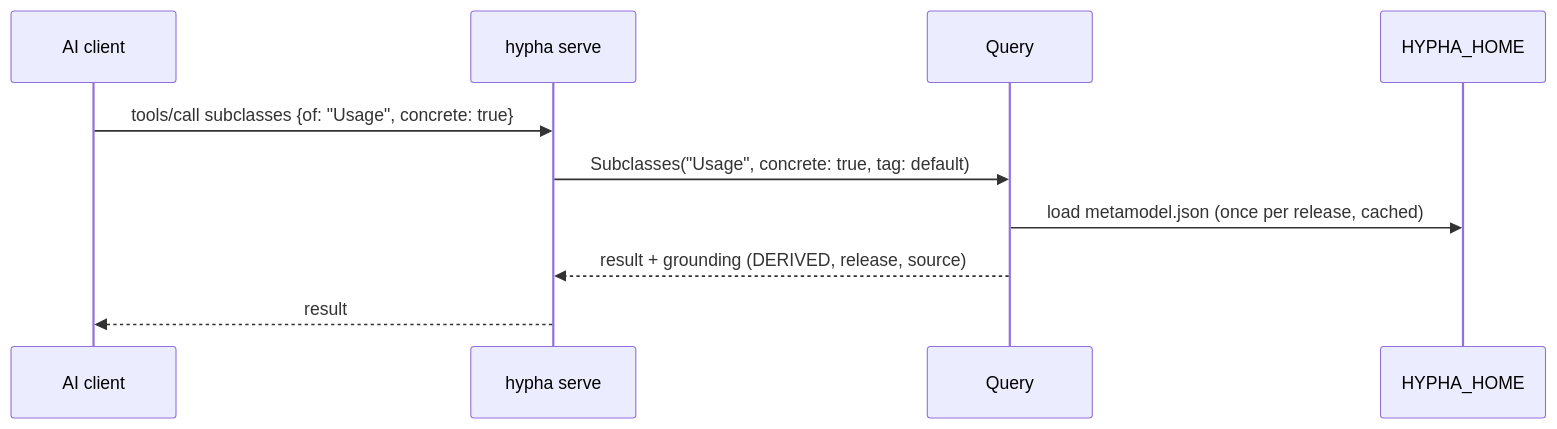
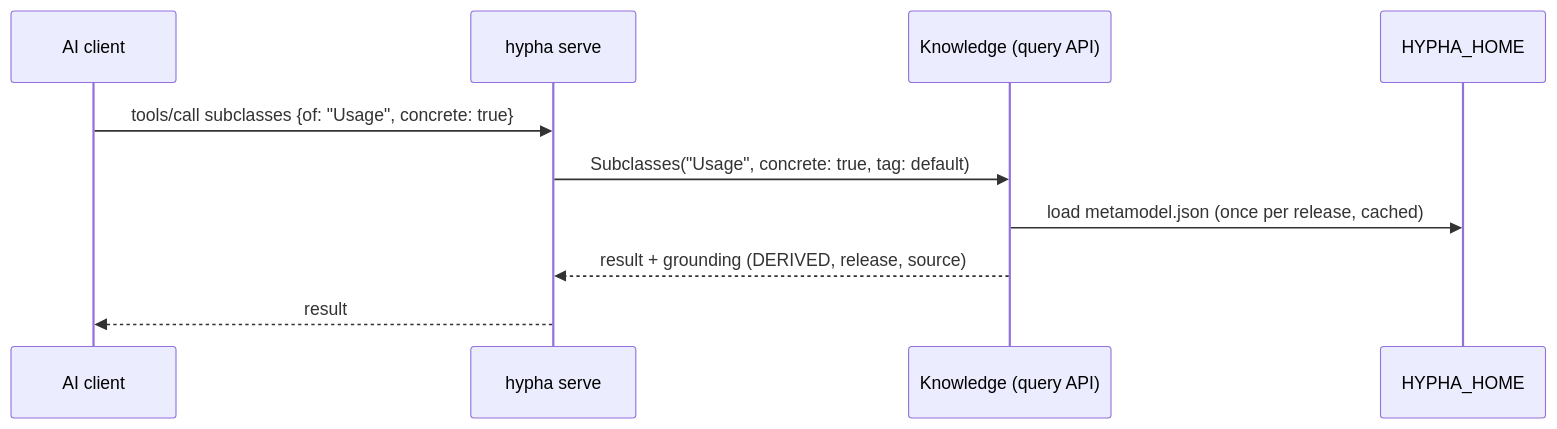
One commit to mycelium-cmbse/mycelium-hypha changed the third of 4 diagrams in hypha-mcp-refactor-plan.md. Above: the diagram before and after it, drawn with Mermaid. The commit also changed other lines of this file and 282 other files, not shown here.

````diff
--- a/hypha-mcp-refactor-plan.md
+++ b/hypha-mcp-refactor-plan.md
@@ -127,12 +122,12 @@
 ```mermaid
 sequenceDiagram
     participant A as AI client
     participant S as hypha serve
-    participant Q as Query
+    participant Q as Knowledge (query API)
     participant H as HYPHA_HOME
     A->>S: tools/call subclasses {of: "Usage", concrete: true}
     S->>Q: Subclasses("Usage", concrete: true, tag: default)
     Q->>H: load metamodel.json (once per release, cached)
     Q-->>S: result + grounding (DERIVED, release, source)
     S-->>A: result
 ```
````
